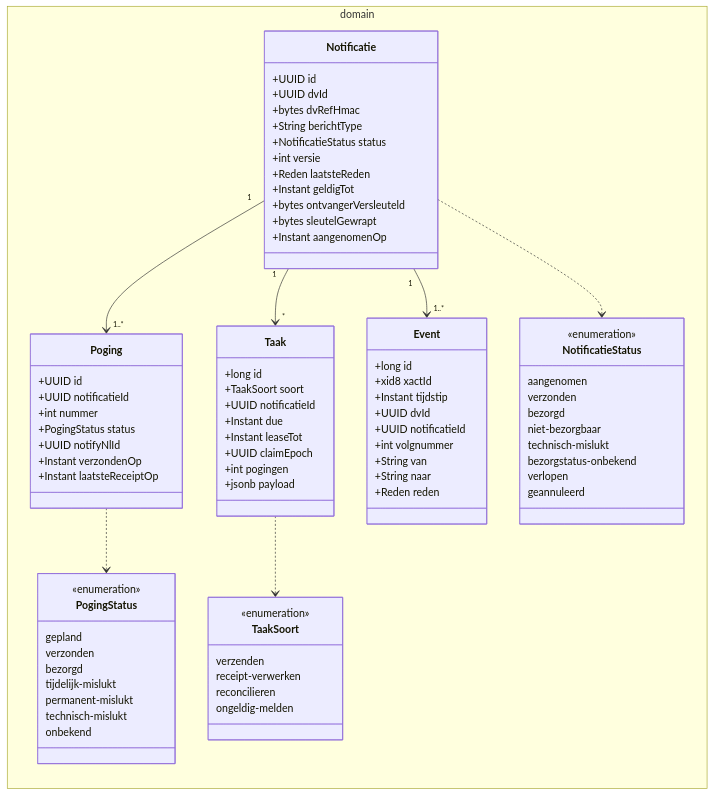
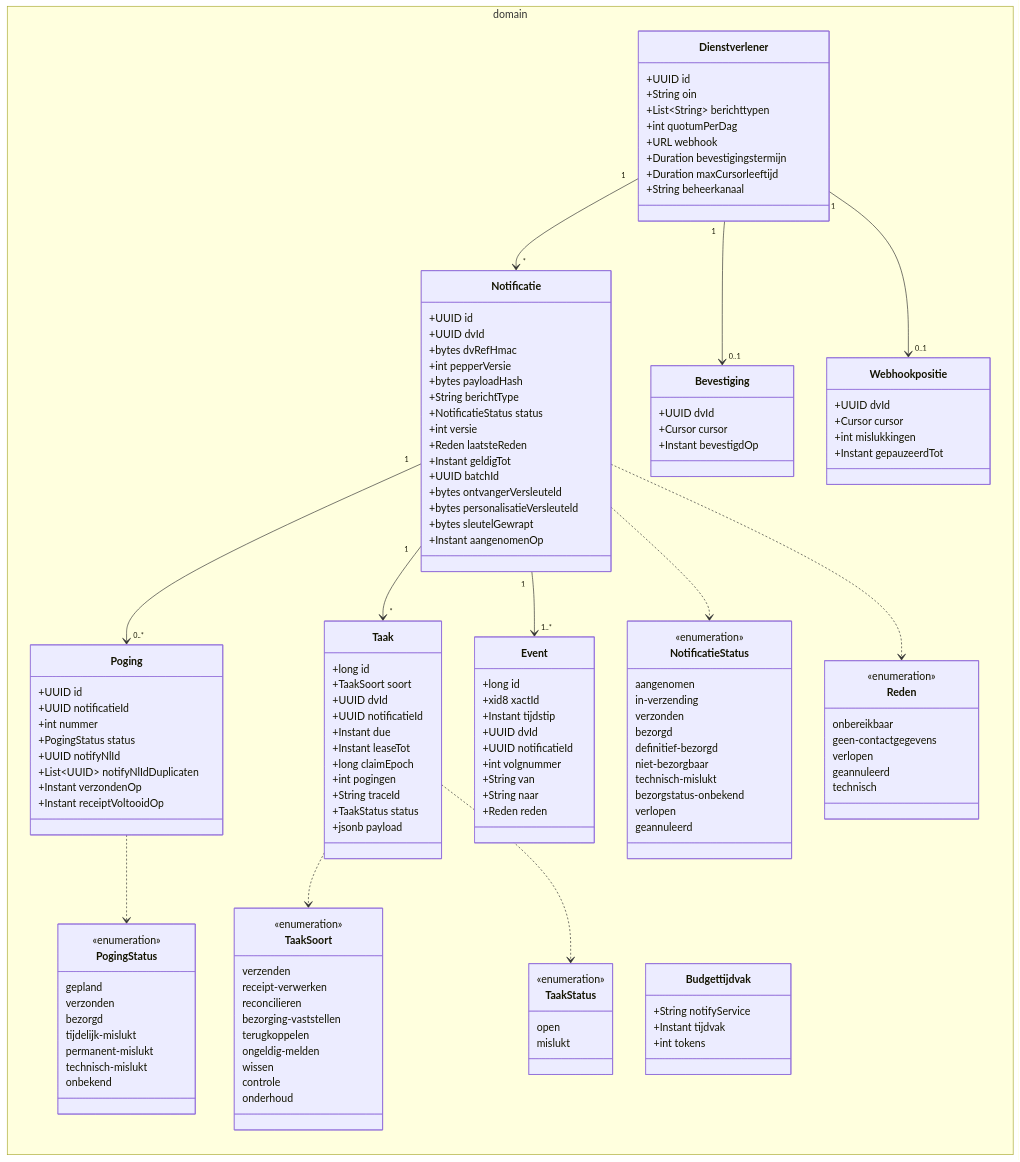
One commit to MinBZK/MijnOverheidZakelijk changed the first of 4 diagrams in Docs/structurizr/notificatiedocs/07-code.md. Above: the diagram before and after it, drawn with Mermaid. The commit also changed other lines of this file and 13 other files, not shown here.

````diff
--- a/Docs/structurizr/notificatiedocs/07-code.md
+++ b/Docs/structurizr/notificatiedocs/07-code.md
@@ -58,12 +74,16 @@
                 +UUID id
                 +UUID dvId
                 +bytes dvRefHmac
+                +int pepperVersie
+                +bytes payloadHash
                 +String berichtType
                 +NotificatieStatus status
                 +int versie
                 +Reden laatsteReden
                 +Instant geldigTot
+                +UUID batchId
                 +bytes ontvangerVersleuteld
+                +bytes personalisatieVersleuteld
                 +bytes sleutelGewrapt
                 +Instant aangenomenOp
             }
@@ -73,17 +93,21 @@
                 +int nummer
                 +PogingStatus status
                 +UUID notifyNlId
+                +List~UUID~ notifyNlIdDuplicaten
                 +Instant verzondenOp
-                +Instant laatsteReceiptOp
+                +Instant receiptVoltooidOp
             }
             class Taak {
                 +long id
                 +TaakSoort soort
+                +UUID dvId
                 +UUID notificatieId
                 +Instant due
                 +Instant leaseTot
-                +UUID claimEpoch
+                +long claimEpoch
                 +int pogingen
+                +String traceId
+                +TaakStatus status
                 +jsonb payload
             }
             class Event {
@@ -97,11 +121,47 @@
                 +String naar
                 +Reden reden
             }
+            class Dienstverlener {
+                +UUID id
+                +String oin
+                +List~String~ berichttypen
+                +int quotumPerDag
+                +URL webhook
+                +Duration bevestigingstermijn
+                +Duration maxCursorleeftijd
+                +String beheerkanaal
+            }
+            class Bevestiging {
+                +UUID dvId
+                +Cursor cursor
+                +Instant bevestigdOp
+            }
+            class Webhookpositie {
+                +UUID dvId
+                +Cursor cursor
+                +int mislukkingen
+                +Instant gepauzeerdTot
+            }
+            class Budgettijdvak {
+                +String notifyService
+                +Instant tijdvak
+                +int tokens
+            }
+            class Reden {
+                <<enumeration>>
+                onbereikbaar
+                geen-contactgegevens
+                verlopen
+                geannuleerd
+                technisch
+            }
             class NotificatieStatus {
                 <<enumeration>>
                 aangenomen
+                in-verzending
                 verzonden
                 bezorgd
+                definitief-bezorgd
                 niet-bezorgbaar
                 technisch-mislukt
                 bezorgstatus-onbekend
@@ -123,13 +183,28 @@
                 verzenden
                 receipt-verwerken
                 reconcilieren
+                bezorging-vaststellen
+                terugkoppelen
                 ongeldig-melden
+                wissen
+                controle
+                onderhoud
+            }
+            class TaakStatus {
+                <<enumeration>>
+                open
+                mislukt
             }
         }
-        Notificatie "1" --> "1..*" Poging
+        Notificatie "1" --> "0..*" Poging
         Notificatie "1" --> "*" Taak
         Notificatie "1" --> "1..*" Event
         Notificatie ..> NotificatieStatus
         Poging ..> PogingStatus
         Taak ..> TaakSoort
+        Taak ..> TaakStatus
+        Notificatie ..> Reden
+        Dienstverlener "1" --> "*" Notificatie
+        Dienstverlener "1" --> "0..1" Bevestiging
+        Dienstverlener "1" --> "0..1" Webhookpositie
     ```
````
